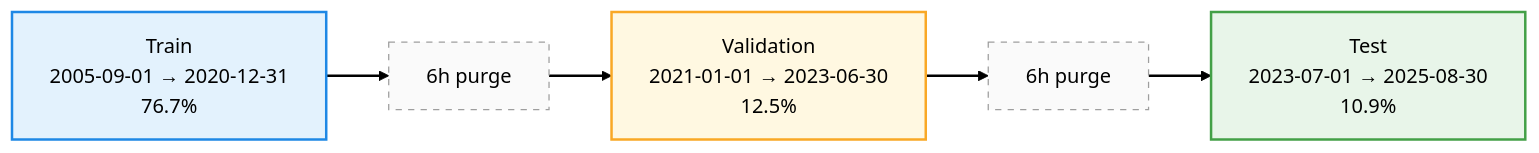
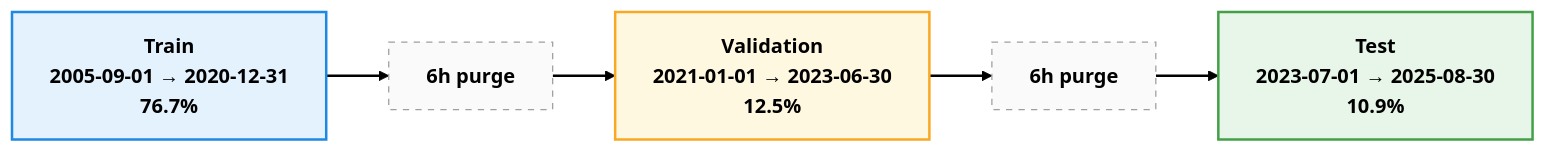
Before and after one commit to dorgez/dorgez.github.io: the second of 2 diagrams in _posts/2026-02-26-predit-one-hour.md, drawn with Mermaid (forest theme).

````diff
--- a/_posts/2026-02-26-predit-one-hour.md
+++ b/_posts/2026-02-26-predit-one-hour.md
@@ -213,27 +213,27 @@
 ```mermaid
 flowchart LR
 
 A["Train<br/>2005-09-01 → 2020-12-31<br/>76.7%"]
 
 G1["6h purge"]
 
 B["Validation<br/>2021-01-01 → 2023-06-30<br/>12.5%"]
 
 G2["6h purge"]
 
 C["Test<br/>2023-07-01 → 2025-08-30<br/>10.9%"]
 
 A --> G1 --> B --> G2 --> C
 
-classDef train fill:#E3F2FD,stroke:#1E88E5,stroke-width:2px;
-classDef val fill:#FFF8E1,stroke:#F9A825,stroke-width:2px;
-classDef test fill:#E8F5E9,stroke:#43A047,stroke-width:2px;
-classDef gap fill:#FAFAFA,stroke:#9E9E9E,stroke-dasharray: 5 5;
+classDef train fill:#E3F2FD,stroke:#1E88E5,stroke-width:2px,color:#000000,font-weight:bold;
+classDef val fill:#FFF8E1,stroke:#F9A825,stroke-width:2px,color:#000000,font-weight:bold;
+classDef test fill:#E8F5E9,stroke:#43A047,stroke-width:2px,color:#000000,font-weight:bold;
+classDef gap fill:#FAFAFA,stroke:#9E9E9E,stroke-dasharray:5 5,color:#000000,font-weight:bold;
 
 class A train;
 class B val;
 class C test;
 class G1,G2 gap;
 
 linkStyle default stroke-width:2px
 ```
````
